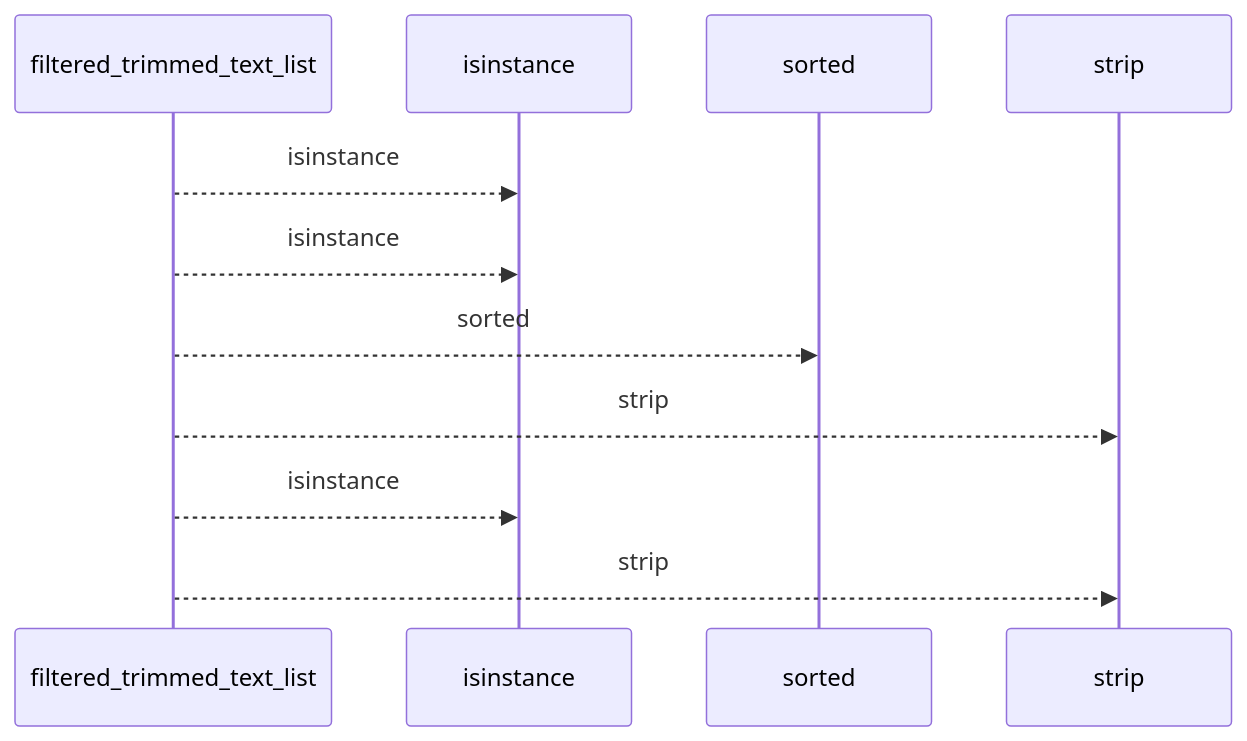
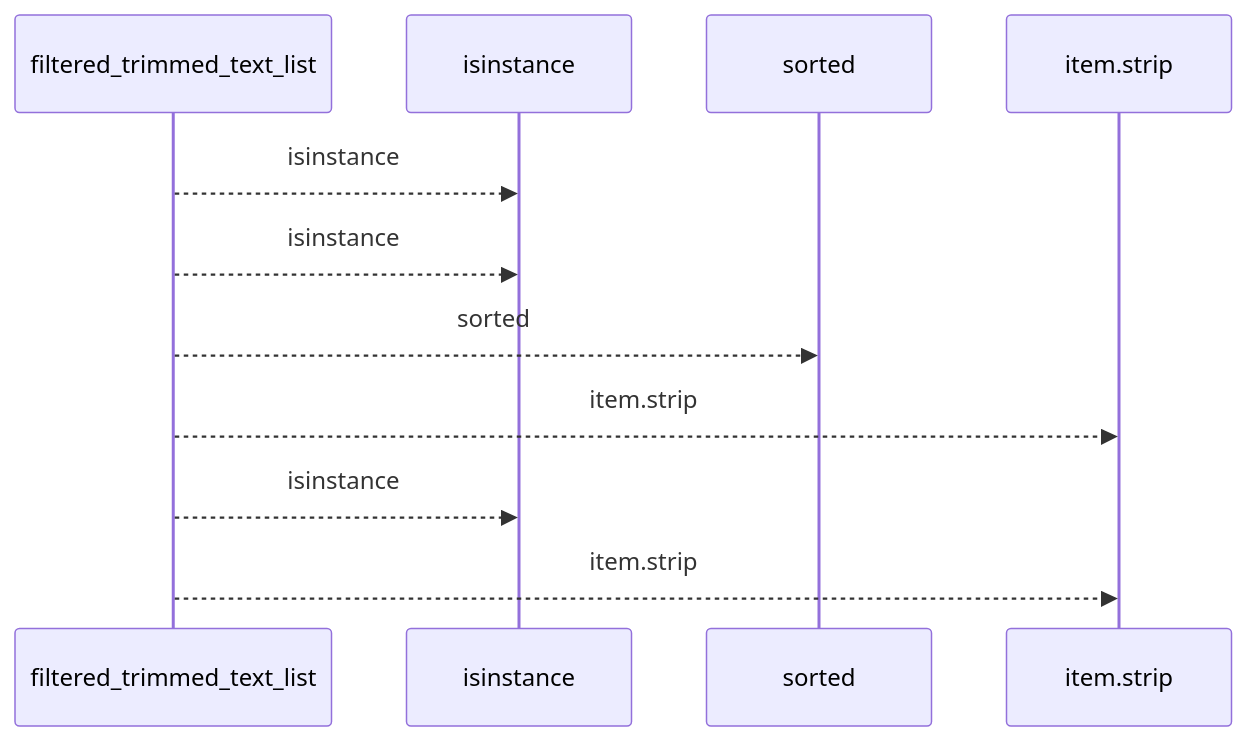
One commit to Denissvgn/python-wiki-llm changed the first of 2 diagrams in docs/llm_wiki/flows/api-filtered_trimmed_text_list.md. Above: the diagram before and after it, drawn with Mermaid. The commit also changed other lines of this file and 719 other files, not shown here.

````diff
--- a/docs/llm_wiki/flows/api-filtered_trimmed_text_list.md
+++ b/docs/llm_wiki/flows/api-filtered_trimmed_text_list.md
@@ -10,13 +10,13 @@
 ```mermaid
 sequenceDiagram
     participant p0 as filtered_trimmed_text_list
     participant p1 as isinstance
     participant p2 as sorted
-    participant p3 as strip
+    participant p3 as item.strip
     p0-->>p1: isinstance
     p0-->>p1: isinstance
     p0-->>p2: sorted
-    p0-->>p3: strip
+    p0-->>p3: item.strip
     p0-->>p1: isinstance
-    p0-->>p3: strip
+    p0-->>p3: item.strip
 ```
````
